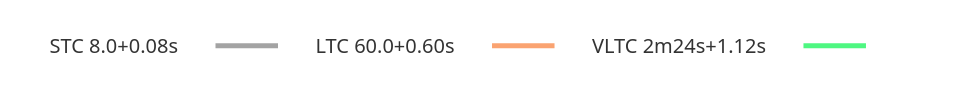
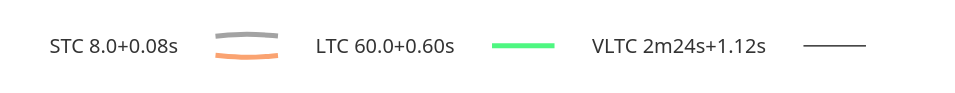
Before and after one commit to computer-chess-index/cci: the second of 3 diagrams in engines/Kreveta.md, drawn with Mermaid. The commit also changed other lines of this file, not shown here.

````diff
--- a/engines/Kreveta.md
+++ b/engines/Kreveta.md
@@ -54,14 +54,15 @@
 ```mermaid
 %%{init: {"theme":"base"}}%%
 flowchart LR
+A[STC 8.0+0.08s] --- B[LTC 60.0+0.60s]
 A[STC 8.0+0.08s] --- B[LTC 60.0+0.60s]
 B --- C[VLTC 2m24s+1.12s]
 C --- D[ ]
 linkStyle 0 stroke:#a3a3a3,stroke-width:4px
 linkStyle 1 stroke:#faa371,stroke-width:4px
 linkStyle 2 stroke:#4ef781,stroke-width:4px
 style A fill:none,stroke:none
 style B fill:none,stroke:none
 style C fill:none,stroke:none
 style D fill:none,stroke:none
 ```
````
